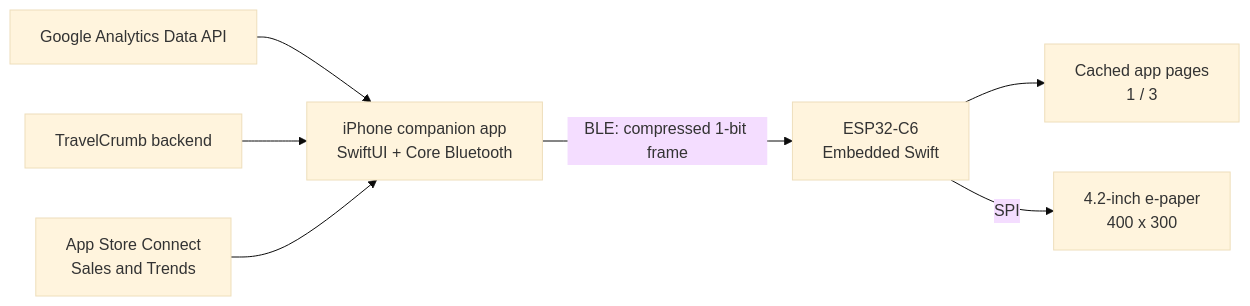
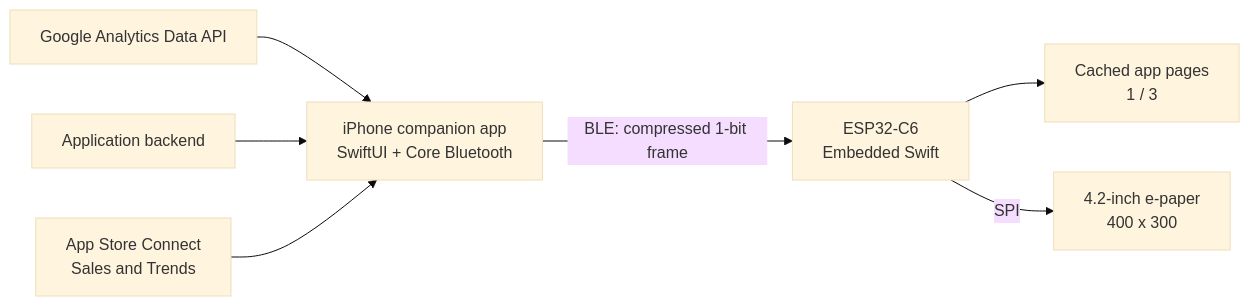
One commit to ShawnBaek/InkPulse changed the diagram in README.md. Above: the diagram before and after it, drawn with Mermaid (base theme). The commit also changed other lines of this file, not shown here.

````diff
--- a/README.md
+++ b/README.md
@@ -57,9 +59,9 @@
 ```mermaid
 flowchart LR
     GA4["Google Analytics Data API"] --> IOS["iPhone companion app\nSwiftUI + Core Bluetooth"]
-    BACKEND["TravelCrumb backend"] --> IOS
+    BACKEND["Application backend"] --> IOS
     APPSTORE["App Store Connect\nSales and Trends"] --> IOS
     IOS -->|"BLE: compressed 1-bit frame"| DEVICE["ESP32-C6\nEmbedded Swift"]
     DEVICE --> CACHE["Cached app pages\n1 / 3"]
     DEVICE -->|"SPI"| EINK["4.2-inch e-paper\n400 x 300"]
 ```
````
